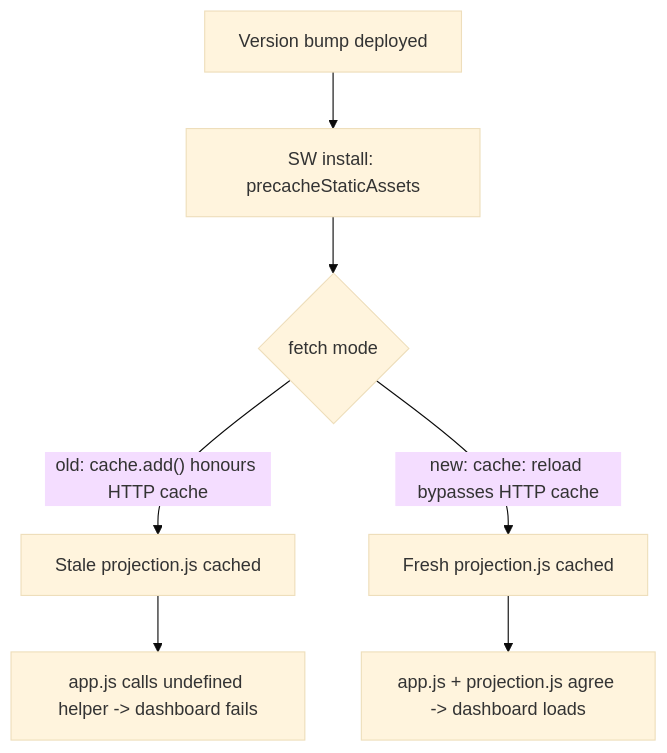
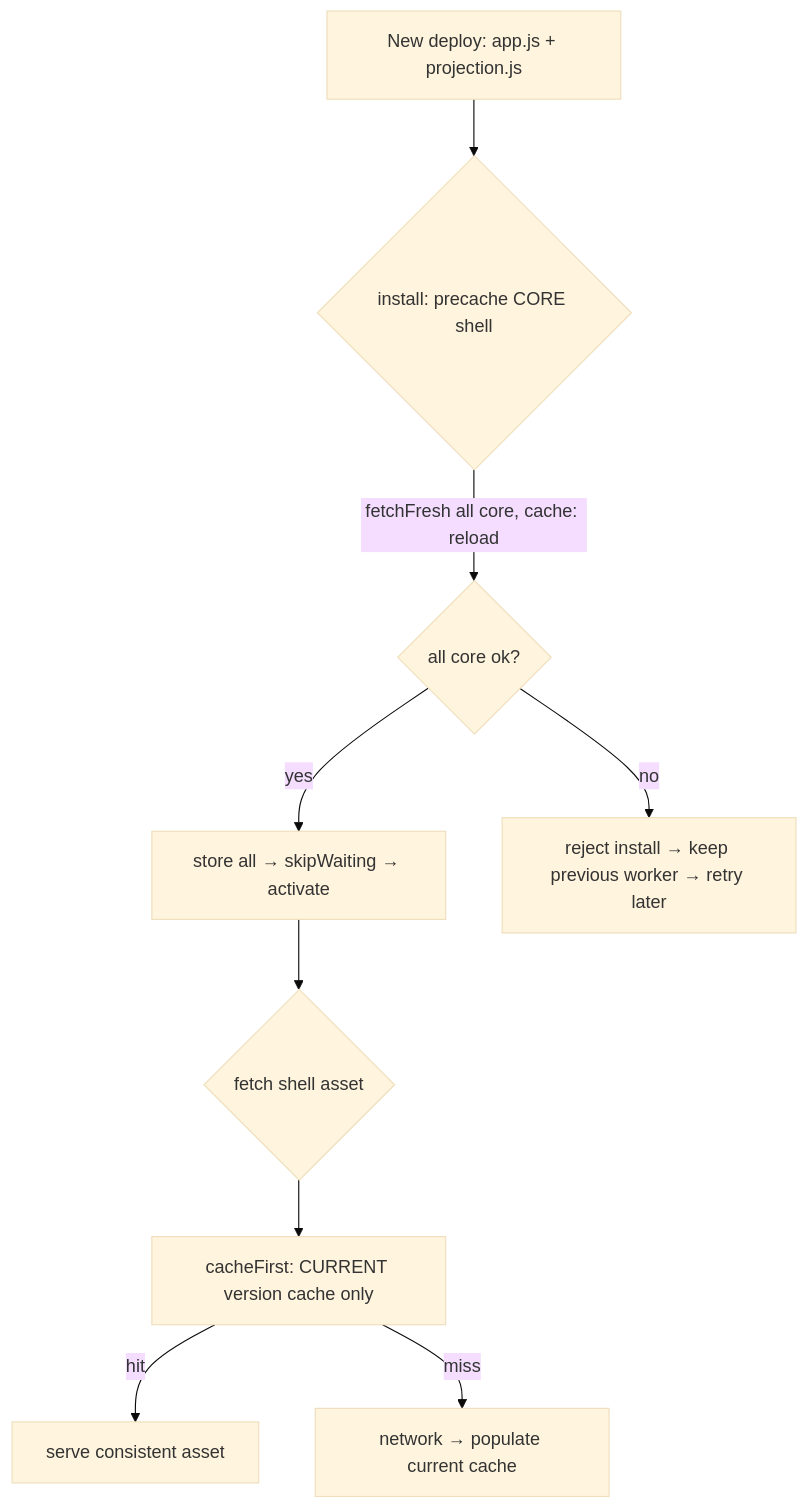
Before and after one commit to stSoftwareAU/GRQ-validation: the diagram in docs/archive/pr-summaries/pr-summary-641.md, drawn with Mermaid (base theme). The commit also changed other lines of this file and 5 other files, not shown here.

First line of the commit message:
Harden service-worker app-shell consistency (Issue #641)

````diff
--- a/docs/archive/pr-summaries/pr-summary-641.md
+++ b/docs/archive/pr-summaries/pr-summary-641.md
@@ -37,9 +45,11 @@
 ```mermaid
 flowchart TD
-    A[Version bump deployed] --> B[SW install: precacheStaticAssets]
-    B --> C{fetch mode}
-    C -->|"old: cache.add() honours HTTP cache"| D[Stale projection.js cached]
-    D --> E[app.js calls undefined helper -> dashboard fails]
-    C -->|"new: cache: reload bypasses HTTP cache"| F[Fresh projection.js cached]
-    F --> G[app.js + projection.js agree -> dashboard loads]
+    D[New deploy: app.js + projection.js] --> I{install: precache CORE shell}
+    I -->|fetchFresh all core, cache: reload| Aok{all core ok?}
+    Aok -->|yes| A[store all → skipWaiting → activate]
+    Aok -->|no| R[reject install → keep previous worker → retry later]
+    A --> F{fetch shell asset}
+    F --> C[cacheFirst: CURRENT version cache only]
+    C -->|hit| S[serve consistent asset]
+    C -->|miss| N[network → populate current cache]
 ```
````
